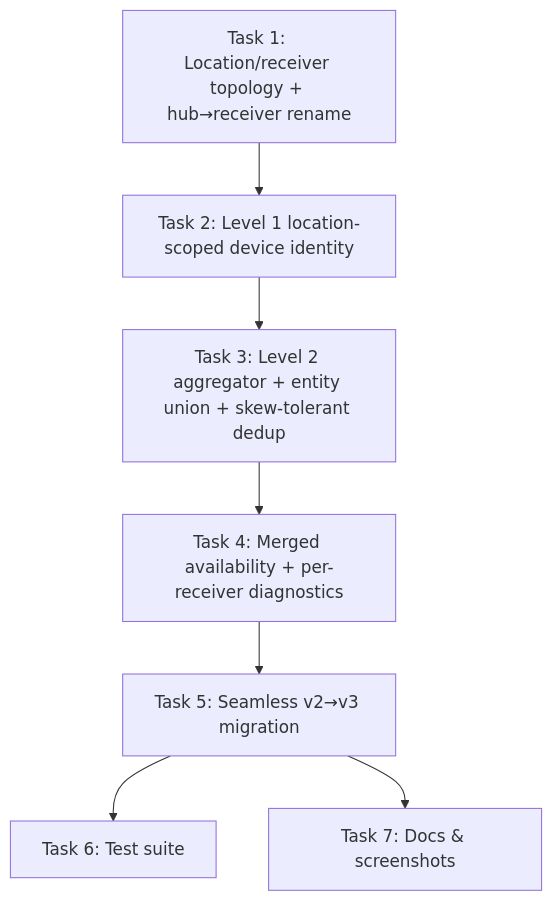
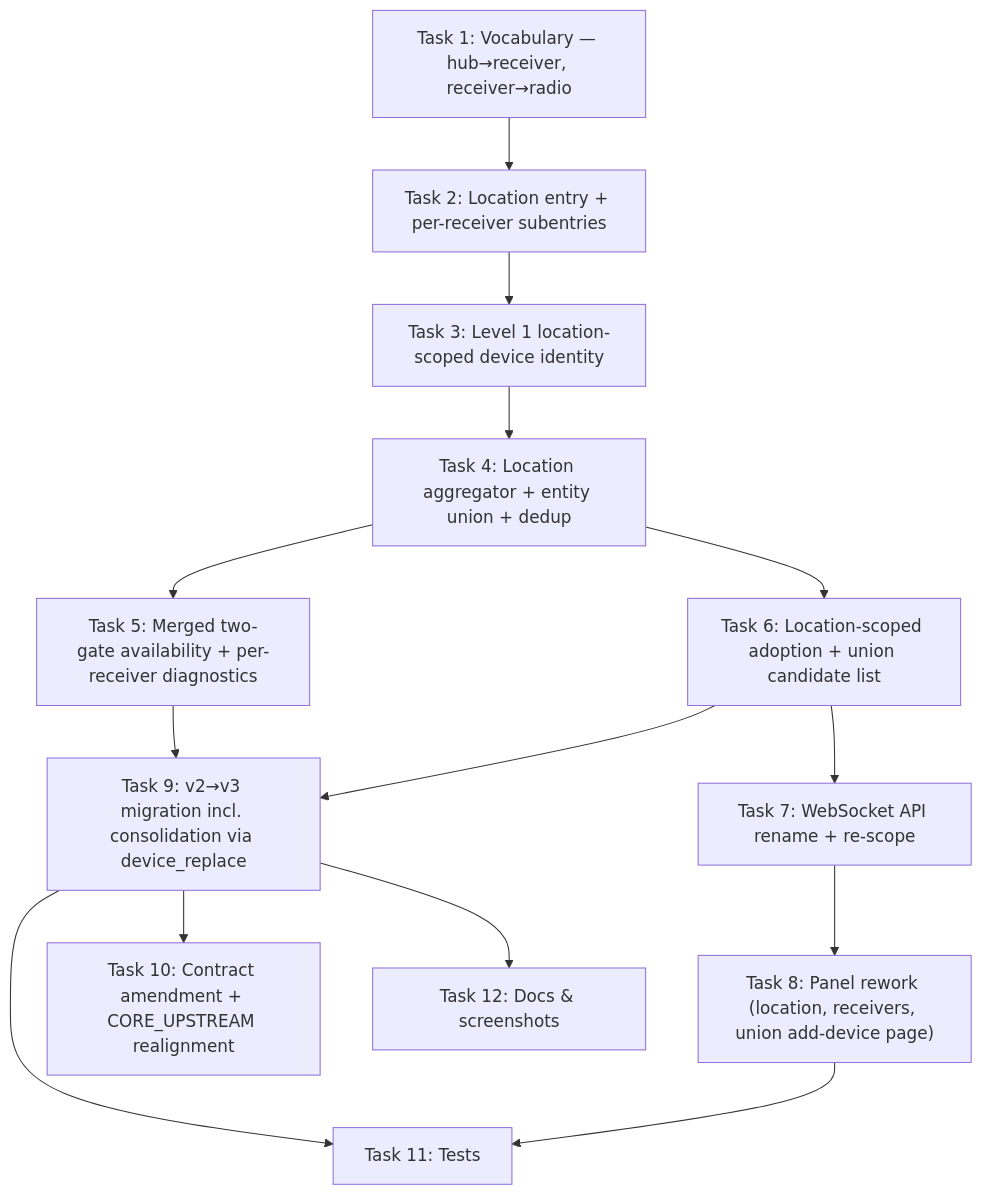
The third of 3 diagrams in .ai/strikethroo/plans/27--union-devices-across-receivers/plan-27--union-devices-across-receivers.md (rtl-433-hass/rtl_433), drawn with Mermaid before and after one commit. The commit also changed other lines of this file, not shown here.

First line of the commit message:
docs(plan): refine plan 27 against main — frozen ABI, vocabulary, adoption, panel

````diff
--- a/.ai/strikethroo/plans/27--union-devices-across-receivers/plan-27--union-devices-across-receivers.md
+++ b/.ai/strikethroo/plans/27--union-devices-across-receivers/plan-27--union-devices-across-receivers.md
@@ -289,13 +409,24 @@
 ```mermaid
 graph TD
-    T1["Task 1: Location/receiver topology + hub→receiver rename"]
-    T2["Task 2: Level 1 location-scoped device identity"]
-    T3["Task 3: Level 2 aggregator + entity union + skew-tolerant dedup"]
-    T4["Task 4: Merged availability + per-receiver diagnostics"]
-    T5["Task 5: Seamless v2→v3 migration"]
-    T6["Task 6: Test suite"]
-    T7["Task 7: Docs & screenshots"]
+    T1["Task 1: Vocabulary — hub→receiver, receiver→radio"]
+    T2["Task 2: Location entry + per-receiver subentries"]
+    T3["Task 3: Level 1 location-scoped device identity"]
+    T4["Task 4: Location aggregator + entity union + dedup"]
+    T5["Task 5: Merged two-gate availability + per-receiver diagnostics"]
+    T6["Task 6: Location-scoped adoption + union candidate list"]
+    T7["Task 7: WebSocket API rename + re-scope"]
+    T8["Task 8: Panel rework (location, receivers, union add-device page)"]
+    T9["Task 9: v2→v3 migration incl. consolidation via device_replace"]
+    T10["Task 10: Contract amendment + CORE_UPSTREAM realignment"]
+    T11["Task 11: Tests"]
+    T12["Task 12: Docs & screenshots"]
     T1 --> T2 --> T3 --> T4 --> T5
-    T5 --> T6
-    T5 --> T7
+    T4 --> T6
+    T5 --> T9
+    T6 --> T7 --> T8
+    T6 --> T9
+    T9 --> T10
+    T9 --> T11
+    T9 --> T12
+    T8 --> T11
 ```
````
